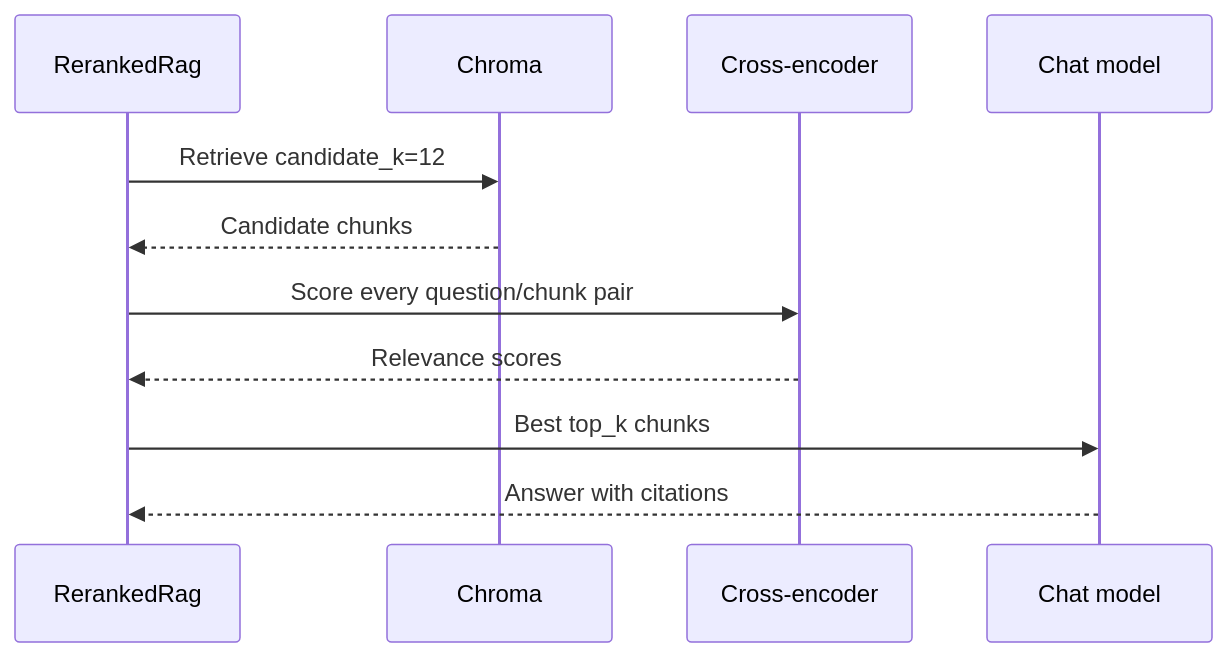
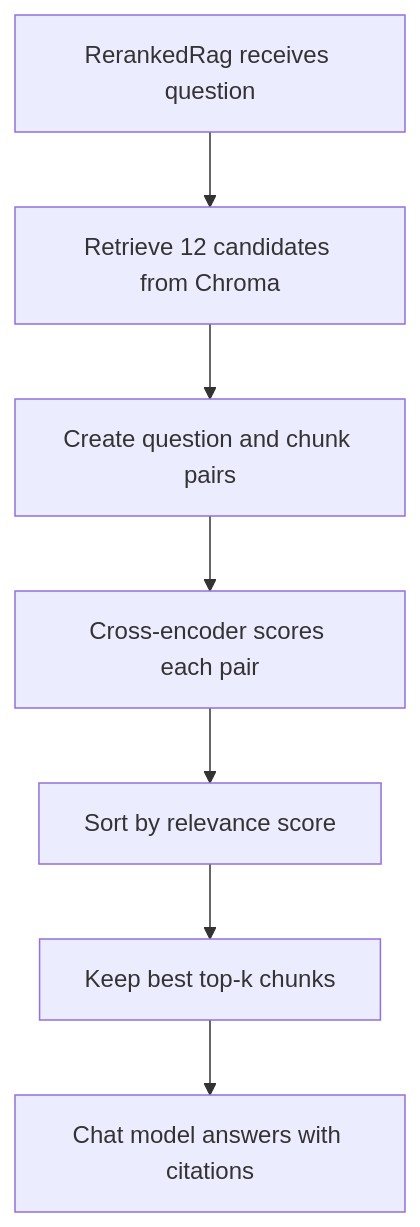
The second of 2 diagrams in src/rag_lab/labs/reranking/README.md (rajeswarandhandapani/rag-patterns-lab), drawn with Mermaid before and after one commit. The commit also changed other lines of this file and 10 other files, not shown here.

````diff
--- a/src/rag_lab/labs/reranking/README.md
+++ b/src/rag_lab/labs/reranking/README.md
@@ -19,13 +19,9 @@
 ```mermaid
-sequenceDiagram
-    participant R as RerankedRag
-    participant V as Chroma
-    participant C as Cross-encoder
-    participant M as Chat model
-    R->>V: Retrieve candidate_k=12
-    V-->>R: Candidate chunks
-    R->>C: Score every question/chunk pair
-    C-->>R: Relevance scores
-    R->>M: Best top_k chunks
-    M-->>R: Answer with citations
+flowchart TD
+    R["RerankedRag receives question"] --> V["Retrieve 12 candidates from Chroma"]
+    V --> P["Create question and chunk pairs"]
+    P --> C["Cross-encoder scores each pair"]
+    C --> S["Sort by relevance score"]
+    S --> K["Keep best top-k chunks"]
+    K --> M["Chat model answers with citations"]
 ```
````
